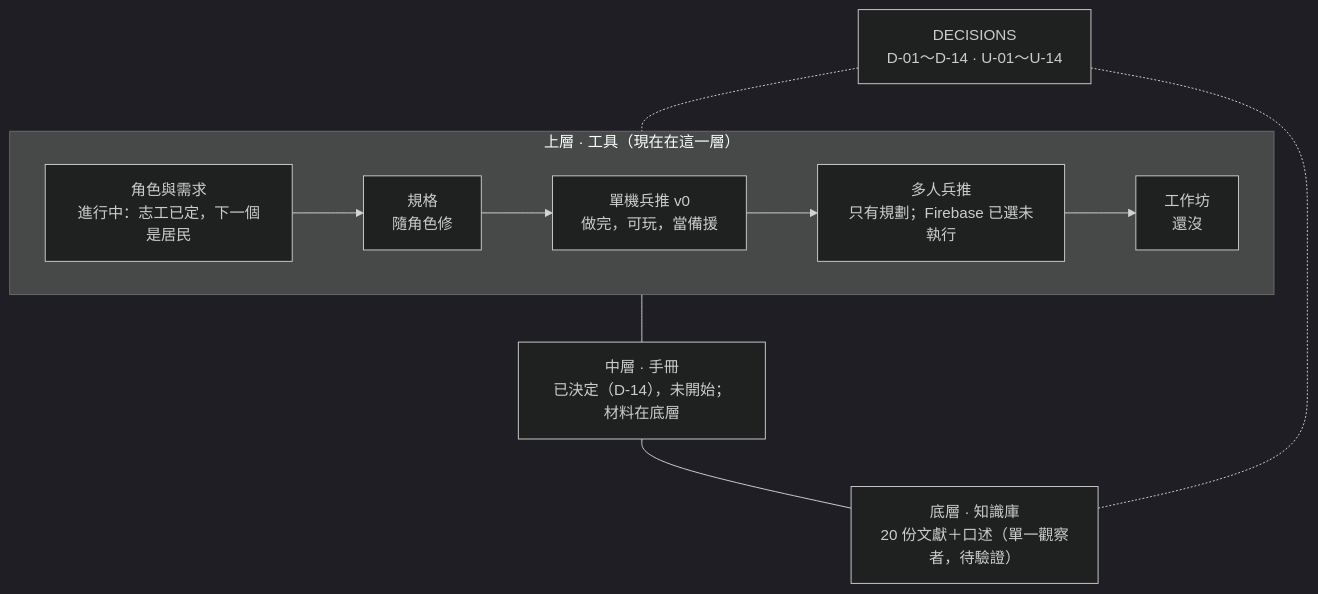
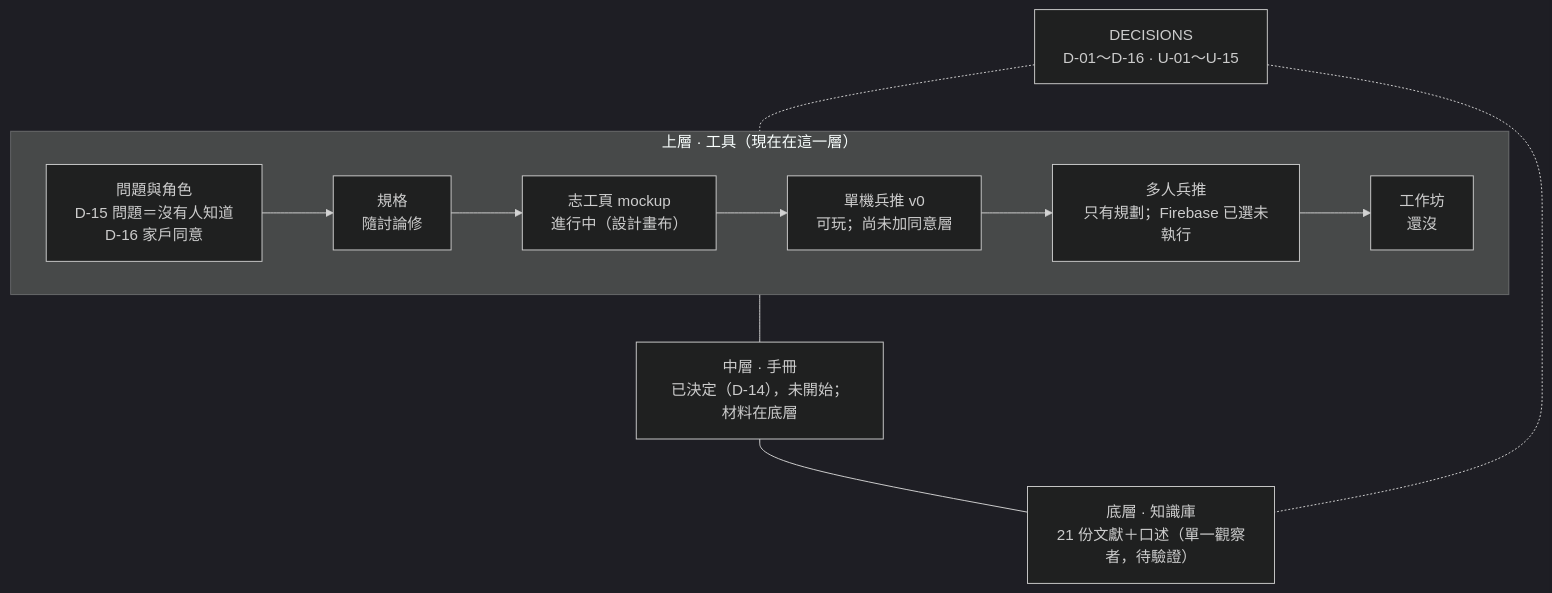
One commit to BasilHsieh/resq-hub changed the seventh of 8 diagrams in ARCHITECTURE.md. Above: the diagram before and after it, drawn with Mermaid (dark theme). The commit also changed other lines of this file and 18 other files, not shown here.

First line of the commit message:
決策｜收工：D-15 問題＝沒有人知道、D-16 家戶同意；志工頁 mockup；官方清淤數字；訪談題綱

````diff
--- a/ARCHITECTURE.md
+++ b/ARCHITECTURE.md
@@ -452,18 +456,19 @@
 ```mermaid
 flowchart TB
     subgraph TOOL["上層 · 工具（現在在這一層）"]
         direction LR
-        R["角色與需求<br/>進行中：志工已定，下一個是居民"] --> S["規格<br/>隨角色修"] --> P1["單機兵推 v0<br/>做完，可玩，當備援"] --> P2["多人兵推<br/>只有規劃；Firebase 已選未執行"] --> W["工作坊<br/>還沒"]
+        R["問題與角色<br/>D-15 問題＝沒有人知道<br/>D-16 家戶同意"] --> S["規格<br/>隨討論修"] --> M["志工頁 mockup<br/>進行中（設計畫布）"] --> P1["單機兵推 v0<br/>可玩；尚未加同意層"] --> P2["多人兵推<br/>只有規劃；Firebase 已選未執行"] --> W["工作坊<br/>還沒"]
     end
     HB["中層 · 手冊<br/>已決定（D-14），未開始；材料在底層"]
-    KB["底層 · 知識庫<br/>20 份文獻＋口述（單一觀察者，待驗證）"]
-    DEC["DECISIONS<br/>D-01～D-14 · U-01～U-14"]
+    KB["底層 · 知識庫<br/>21 份文獻＋口述（單一觀察者，待驗證）"]
+    DEC["DECISIONS<br/>D-01～D-16 · U-01～U-15"]
     TOOL --- HB --- KB
     DEC -.- TOOL
     DEC -.- KB
     click R "output/spec/角色輪廓.md" "開啟原檔"
+    click M "output/prototype/03-志工頁/README.md" "開啟原檔"
     click S "output/spec/資料模型與狀態機.md" "開啟原檔"
     click P1 "output/prototype/01-兵推/README.md" "開啟原檔"
     click P2 "output/prototype/02-兵推多人/README.md" "開啟原檔"
     click DEC "DECISIONS.md" "開啟原檔"
 ```
````
